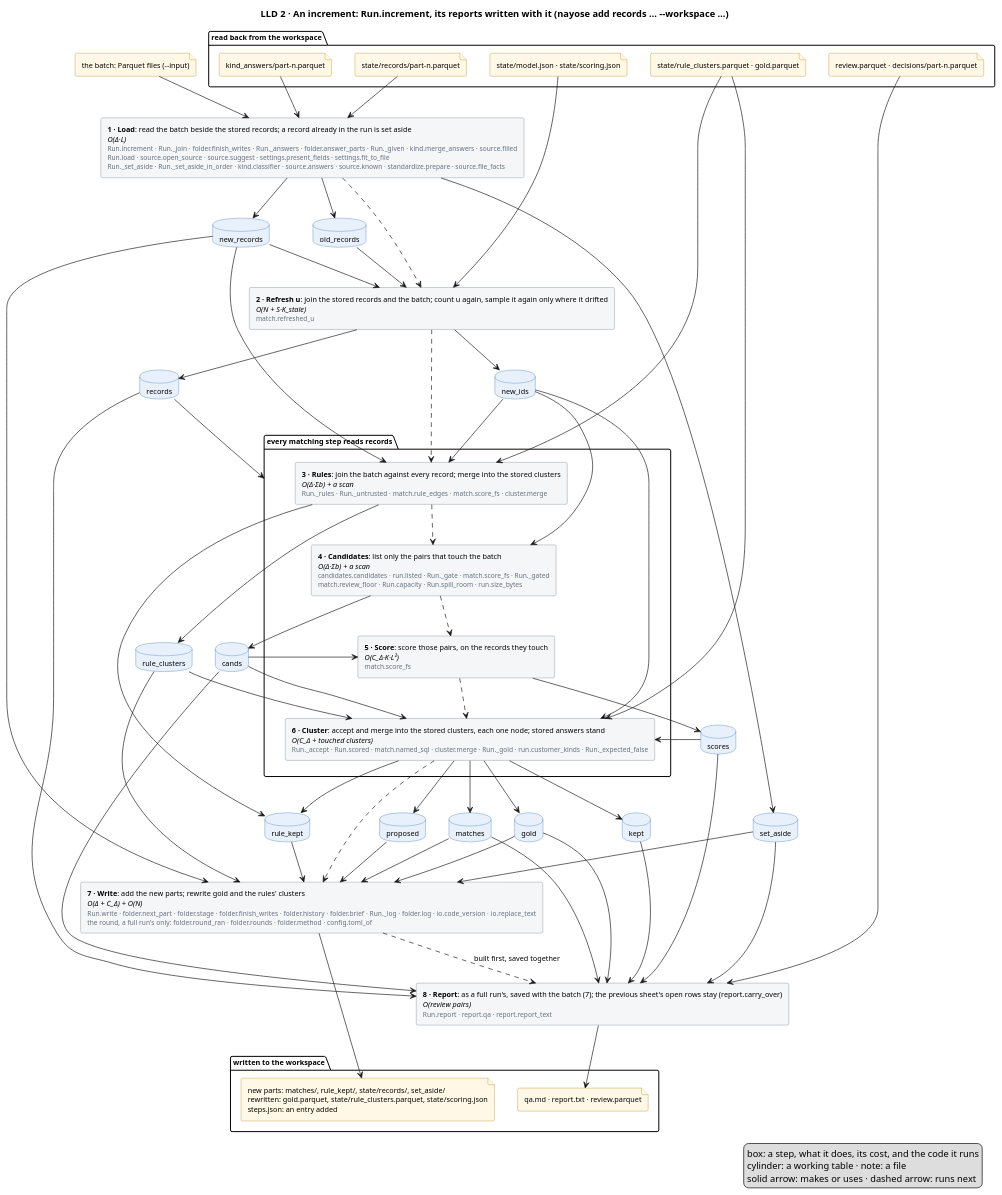
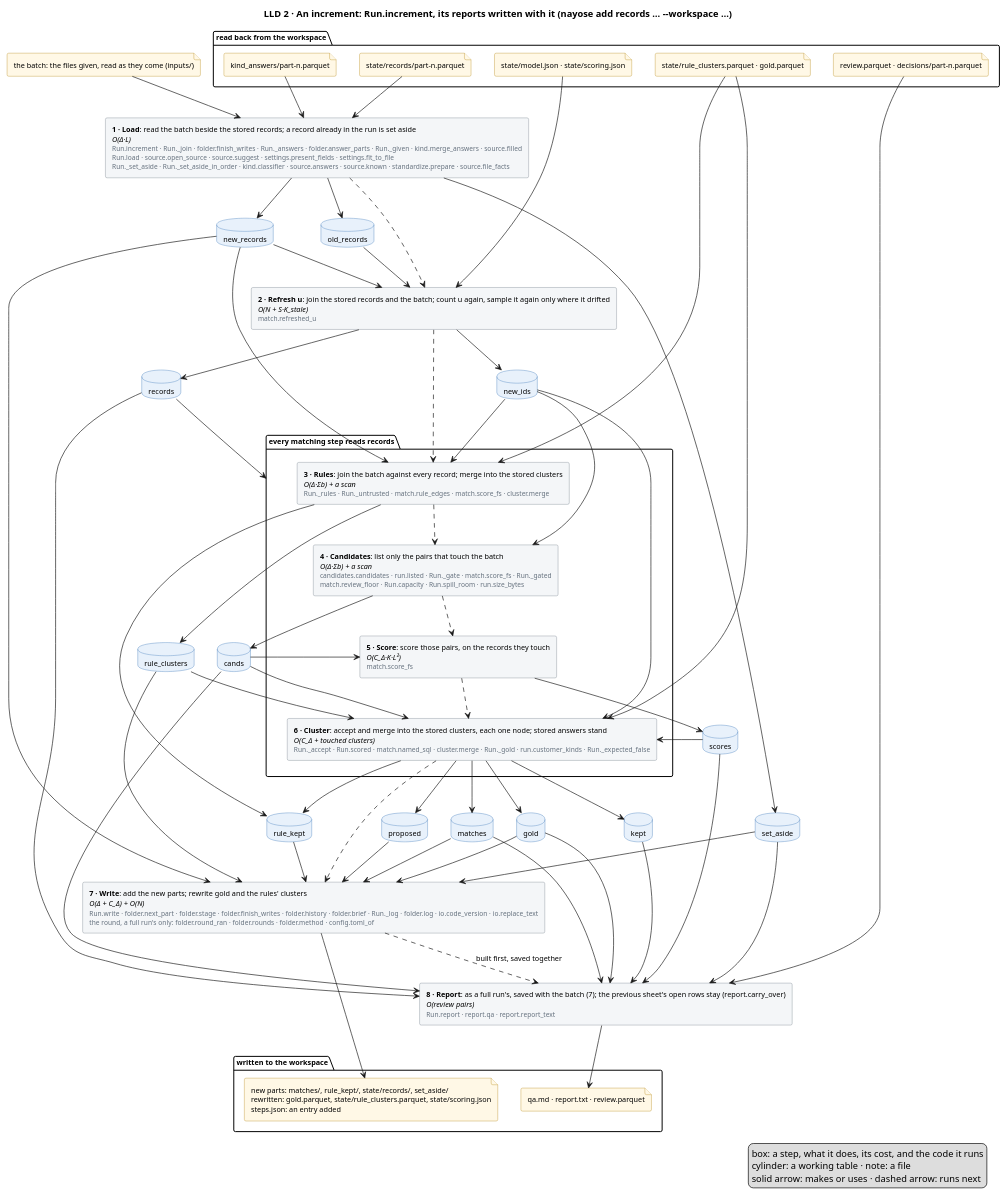
Before and after one commit to mvsbm/entity_matching: the diagram in docs/diagrams/increment.puml, drawn with PlantUML. The commit also changed 12 other files, not shown here.

```diff
--- a/docs/diagrams/increment.puml
+++ b/docs/diagrams/increment.puml
@@ -1,119 +1,119 @@
 @startuml increment
 title LLD 2 · An increment: Run.increment, its reports written with it (nayose add records … ~--workspace …)
 skinparam defaultFontSize 11
 skinparam rectangle {
   BackgroundColor #F4F6F8
   BorderColor #65717E
 }
 skinparam database {
   BackgroundColor #E8F1FB
   BorderColor #2C6DB3
 }
 skinparam file {
   BackgroundColor #FFF8E6
   BorderColor #B07D00
 }
 
 package "read back from the workspace" {
   file "state/model.json · state/scoring.json" as f_model
   file "state/records/part-n.parquet" as f_records
   file "state/rule_clusters.parquet · gold.parquet" as f_clusters
   file "kind_answers/part-n.parquet" as f_answers
   file "review.parquet · decisions/part-n.parquet" as f_sheet
 }
-file "the batch: Parquet files (~--input)" as f_batch
+file "the batch: the files given, read as they come (inputs/)" as f_batch
 
 
 rectangle "<b>1 · Load</b>: read the batch beside the stored records; a record already in the run is set aside\n<i>O(Δ·L)</i>\n<size:10><color:#65717E>Run.increment · Run._join · folder.finish_writes · Run._answers · folder.answer_parts · Run._given · kind.merge_answers · source.filled</color></size>\n<size:10><color:#65717E>Run.load · source.open_source · source.suggest · settings.present_fields · settings.fit_to_file</color></size>\n<size:10><color:#65717E>Run._set_aside · Run._set_aside_in_order · kind.classifier · source.answers · source.known · standardize.prepare · source.file_facts</color></size>" as load
 rectangle "<b>2 · Refresh u</b>: join the stored records and the batch; count u again, sample it again only where it drifted\n<i>O(N + S·K_stale)</i>\n<size:10><color:#65717E>match.refreshed_u</color></size>" as fit
 package "every matching step reads records" as matching {
   rectangle "<b>3 · Rules</b>: join the batch against every record; merge into the stored clusters\n<i>O(Δ·Σb) + a scan</i>\n<size:10><color:#65717E>Run._rules · Run._untrusted · match.rule_edges · match.score_fs · cluster.merge</color></size>" as rules
   rectangle "<b>4 · Candidates</b>: list only the pairs that touch the batch\n<i>O(Δ·Σb) + a scan</i>\n<size:10><color:#65717E>candidates.candidates · run.listed · Run._gate · match.score_fs · Run._gated</color></size>\n<size:10><color:#65717E>match.review_floor · Run.capacity · Run.spill_room · run.size_bytes</color></size>" as candidates
   rectangle "<b>5 · Score</b>: score those pairs, on the records they touch\n<i>O(C_Δ·K·L²)</i>\n<size:10><color:#65717E>match.score_fs</color></size>" as score
   rectangle "<b>6 · Cluster</b>: accept and merge into the stored clusters, each one node; stored answers stand\n<i>O(C_Δ + touched clusters)</i>\n<size:10><color:#65717E>Run._accept · Run.scored · match.named_sql · cluster.merge · Run._gold · run.customer_kinds · Run._expected_false</color></size>" as cluster
 }
 rectangle "<b>7 · Write</b>: add the new parts; rewrite gold and the rules' clusters\n<i>O(Δ + C_Δ) + O(N)</i>\n<size:10><color:#65717E>Run.write · folder.next_part · folder.stage · folder.finish_writes · folder.history · folder.brief · Run._log · folder.log · io.code_version · io.replace_text</color></size>\n<size:10><color:#65717E>the round, a full run's only: folder.round_ran · folder.rounds · folder.method · config.toml_of</color></size>" as write
 rectangle "<b>8 · Report</b>: as a full run's, saved with the batch (7); the previous sheet's open rows stay (report.carry_over)\n<i>O(review pairs)</i>\n<size:10><color:#65717E>Run.report · report.qa · report.report_text</color></size>" as report
 database "old_records" as old_records
 database "new_records" as new_records
 database "set_aside" as set_aside
 database "records" as records
 database "new_ids" as new_ids
 database "rule_clusters" as rule_clusters
 database "rule_kept" as rule_kept
 database "cands" as cands
 database "scores" as scores
 database "matches" as matches
 database "proposed" as proposed
 database "kept" as kept
 database "gold" as gold
 
 package "written to the workspace" {
   file "new parts: matches/, rule_kept/, state/records/, set_aside/\nrewritten: gold.parquet, state/rule_clusters.parquet, state/scoring.json\nsteps.json: an entry added" as f_out
   file "qa.md · report.txt · review.parquet" as f_people
 }
 
 f_batch --> load
 f_records --> load
 f_answers --> load
 f_model --> fit
 f_clusters --> rules
 f_clusters --> cluster
 f_sheet --> report
 
 load ..> fit
 fit ..> rules
 rules ..> candidates
 candidates ..> score
 score ..> cluster
 cluster ..> write
 write ..> report : built first, saved together
 
 load --> old_records
 load --> new_records
 load --> set_aside
 old_records --> fit
 new_records --> fit
 fit --> records
 fit --> new_ids
 records --> matching
 new_records --> rules
 new_ids --> rules
 rules --> rule_clusters
 rules --> rule_kept
 new_ids --> candidates
 candidates --> cands
 cands --> score
 score --> scores
 new_ids --> cluster
 rule_clusters --> cluster
 cands --> cluster
 scores --> cluster
 cluster --> matches
 cluster --> proposed
 cluster --> kept
 cluster --> rule_kept
 kept --> report
 proposed --> write
 cluster --> gold
 new_records --> write
 rule_clusters --> write
 rule_kept --> write
 matches --> write
 gold --> write
 set_aside --> write
 records --> report
 cands --> report
 scores --> report
 matches --> report
 gold --> report
 set_aside --> report
 
 write --> f_out
 report --> f_people
 legend right
   box: a step, what it does, its cost, and the code it runs
   cylinder: a working table · note: a file
   solid arrow: makes or uses · dashed arrow: runs next
 endlegend
 @enduml
```
